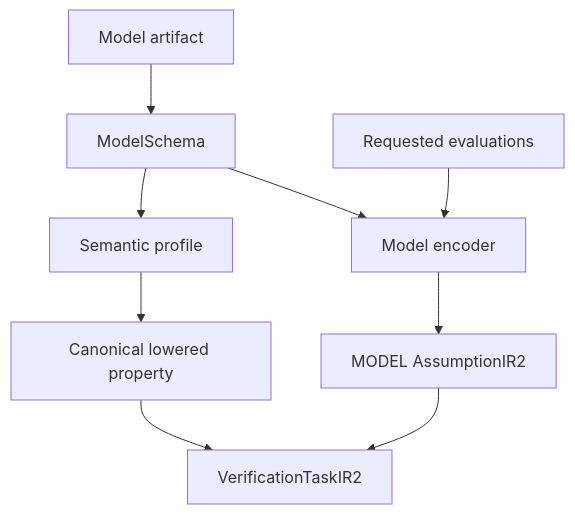
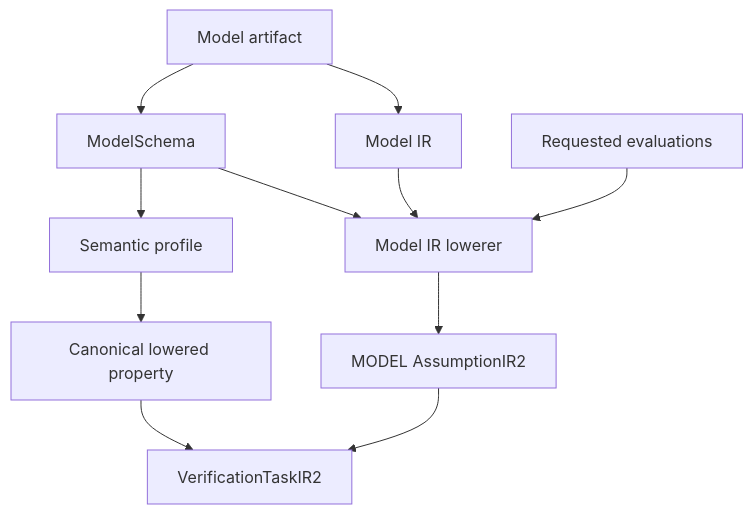
One commit to KintanaOne/Toetra changed the second of 5 diagrams in docs/architecture/pipeline-views.md. Above: the diagram before and after it, drawn with Mermaid. The commit also changed other lines of this file and 42 other files, not shown here.

````diff
--- a/docs/architecture/pipeline-views.md
+++ b/docs/architecture/pipeline-views.md
@@ -41,11 +41,13 @@
 ```mermaid
 flowchart TD
     M["Model artifact"] --> S["ModelSchema"]
+    M --> R["Model IR"]
     S --> P["Semantic profile"]
-    S --> E["Model encoder"]
-    I["Requested evaluations"] --> E
-    E --> A["MODEL AssumptionIR2"]
-    P --> L["Canonical lowered property"]
+    S --> ML["Model IR lowerer"]
+    R --> ML
+    I["Requested evaluations"] --> ML
+    ML --> A["MODEL AssumptionIR2"]
+    P --> CP["Canonical lowered property"]
     A --> T["VerificationTaskIR2"]
-    L --> T
+    CP --> T
 ```
````
